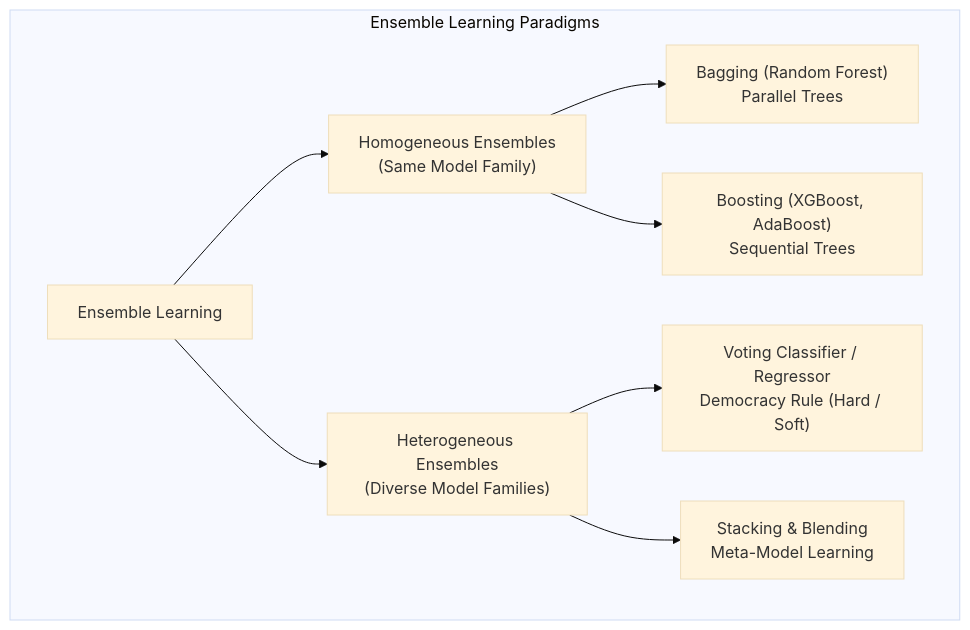
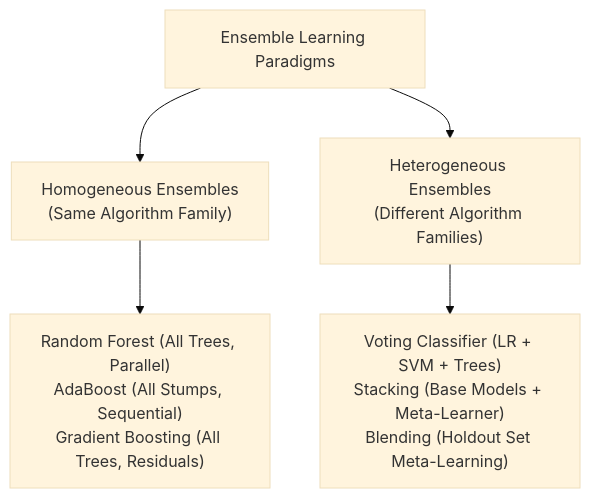
The diagram in lecture_30/Notes_30.09/README.md (S1h2i3v4a/AI_ML), drawn with Mermaid (base theme) before and after one commit. The commit also changed other lines of this file and 57 other files, not shown here.

````diff
--- a/lecture_30/Notes_30.09/README.md
+++ b/lecture_30/Notes_30.09/README.md
@@ -18,13 +46,8 @@
 ```mermaid
 flowchart TD
-    subgraph Ensembles ["Ensemble Learning Paradigms"]
-        E["Ensemble Learning"] --> HO["Homogeneous Ensembles<br>(Same Model Family)"]
-        E --> HE["Heterogeneous Ensembles<br>(Diverse Model Families)"]
-        
-        HO --> B["Bagging (Random Forest)<br>Parallel Trees"]
-        HO --> BS["Boosting (XGBoost, AdaBoost)<br>Sequential Trees"]
-        
-        HE --> V["Voting Classifier / Regressor<br>Democracy Rule (Hard / Soft)"]
-        HE --> S["Stacking & Blending<br>Meta-Model Learning"]
-    end
+    A["Ensemble Learning Paradigms"] --> B["Homogeneous Ensembles<br/>(Same Algorithm Family)"]
+    A --> C["Heterogeneous Ensembles<br/>(Different Algorithm Families)"]
+    
+    B --> B1["Random Forest (All Trees, Parallel)<br/>AdaBoost (All Stumps, Sequential)<br/>Gradient Boosting (All Trees, Residuals)"]
+    C --> C1["Voting Classifier (LR + SVM + Trees)<br/>Stacking (Base Models + Meta-Learner)<br/>Blending (Holdout Set Meta-Learning)"]
 ```
````
